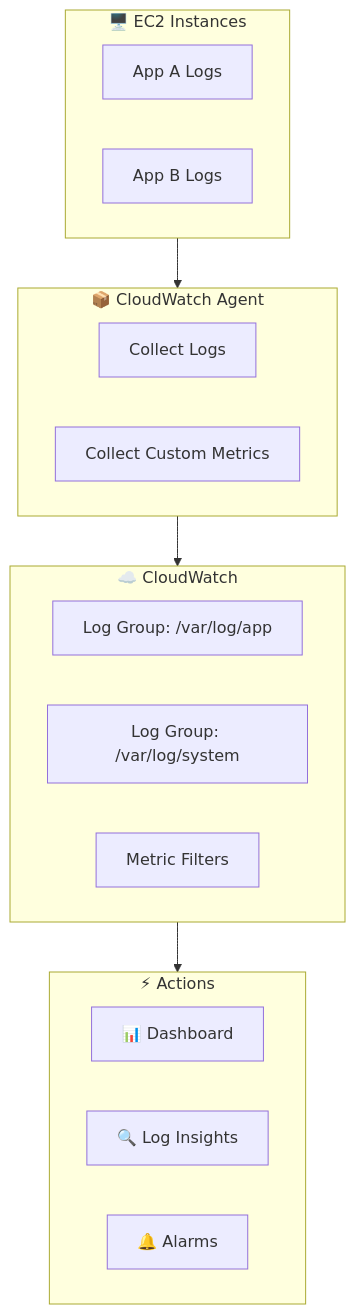
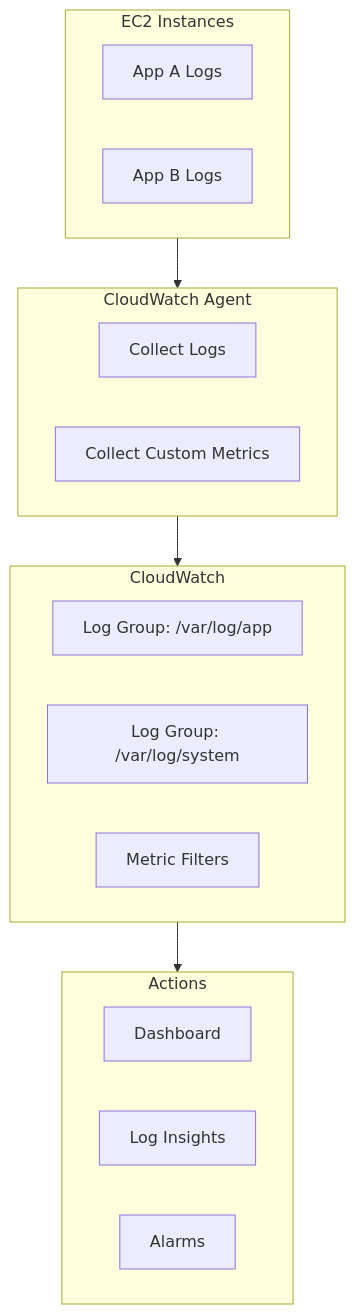
Before and after one commit to agravi987/Learn_AWS-Amazon-Web-Services: the third of 3 diagrams in 15 - CloudWatch/README.md, drawn with Mermaid. The commit also changed other lines of this file and 7 other files, not shown here.

````diff
--- a/15 - CloudWatch/README.md
+++ b/15 - CloudWatch/README.md
@@ -140,26 +155,26 @@
 ```mermaid
 flowchart TB
-    subgraph EC2["🖥️ EC2 Instances"]
+    subgraph EC2["EC2 Instances"]
         A1[App A Logs]
         A2[App B Logs]
     end
     
-    subgraph Agent["📦 CloudWatch Agent"]
+    subgraph Agent["CloudWatch Agent"]
         B1[Collect Logs]
         B2[Collect Custom Metrics]
     end
     
-    subgraph CloudWatch["☁️ CloudWatch"]
+    subgraph CloudWatch["CloudWatch"]
         C1[Log Group: /var/log/app]
         C2[Log Group: /var/log/system]
         C3[Metric Filters]
     end
     
-    subgraph Actions["⚡ Actions"]
-        D1[📊 Dashboard]
-        D2[🔍 Log Insights]
-        D3[🔔 Alarms]
+    subgraph Actions["Actions"]
+        D1[Dashboard]
+        D2[Log Insights]
+        D3[Alarms]
     end
     
     EC2 --> Agent --> CloudWatch --> Actions
 ```
````
